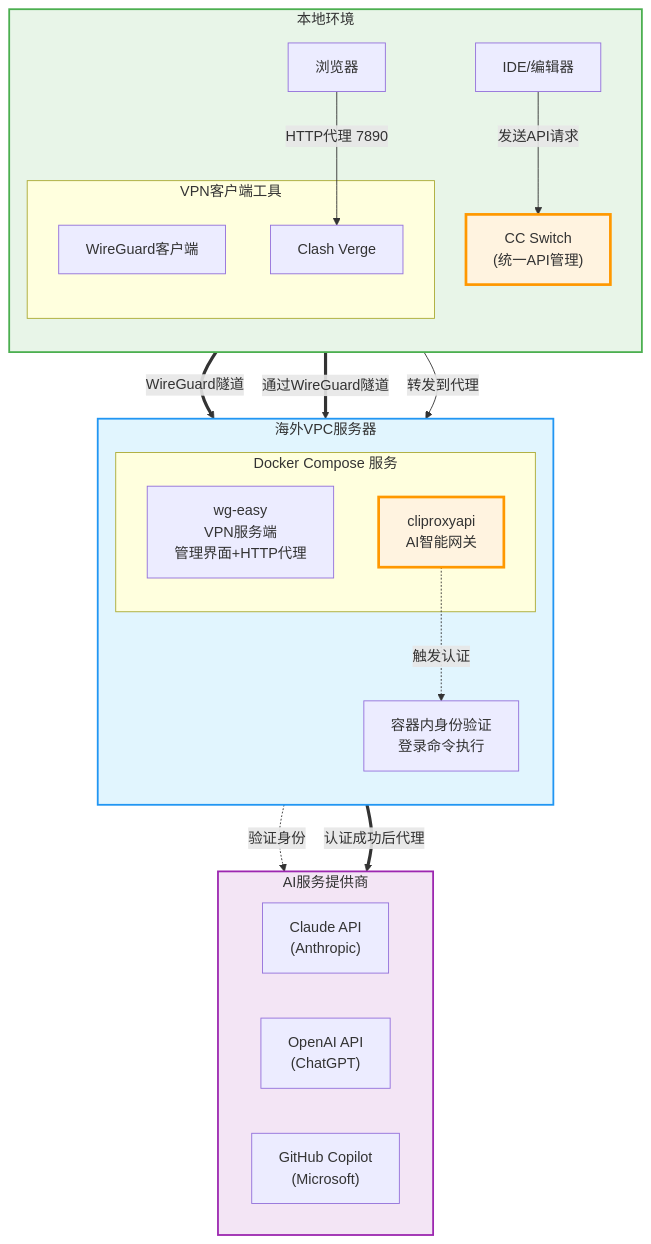
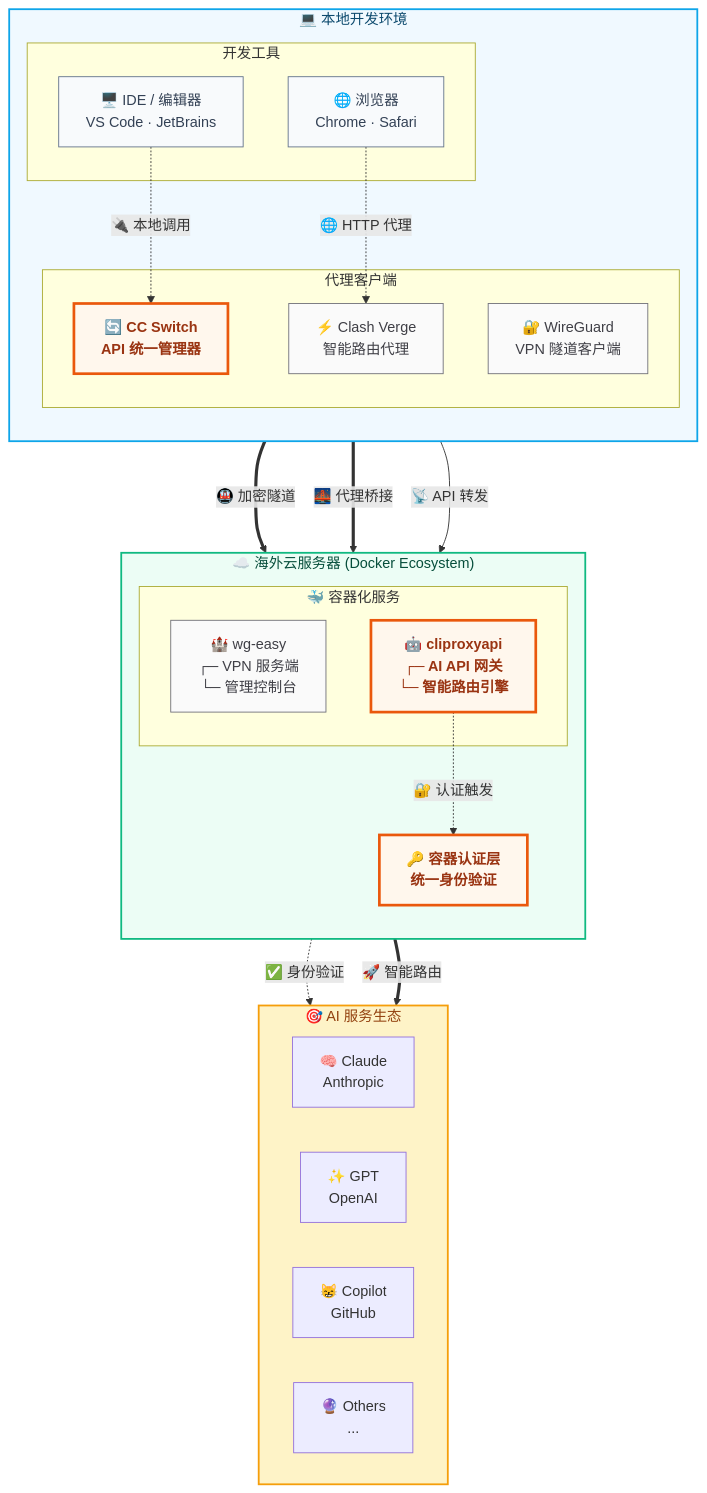
The diagram in docs/_posts/overseas-dev-environment.md (zhaofutao04/zblog), drawn with Mermaid before and after one commit.

Commit message:
docs: 重新设计海外开发环境架构图 - 颜值大幅提升
设计升级 ✨：
- 🎨 三层优雅分区：本地环境、云服务器、AI生态
- 🌈 专业配色方案：蓝绿金三色主题，层次分明
- 🎯 核心组件突出：橙色高亮关键节点
- 📐 布局优化：Docker生态系统概念，结构更清晰

视觉改进 🎭：
- 🔗 语义化连接线：不同类型连接用不同样式
- 🏷️ 组件功能描述：更精准的专业术语
- 🎪 图标化设计：emoji增强视觉识别度
- 🎨 多层次样式：核心/开发/网络工具分别设计

现在这个架构图既专业又美观，真正匹配设计品味！

````diff
--- a/docs/_posts/overseas-dev-environment.md
+++ b/docs/_posts/overseas-dev-environment.md
@@ -38,59 +38,73 @@
 ```mermaid
-flowchart TD
-    subgraph Local["本地环境"]
+flowchart TB
+    %% ========== 本地开发环境 ==========
+    subgraph Local["💻 本地开发环境"]
         direction TB
-        Browser[浏览器]
-        IDE[IDE/编辑器]
-        subgraph VPNClients["VPN客户端工具"]
-            WGClient[WireGuard客户端]
-            Clash[Clash Verge]
+        subgraph DevTools["开发工具"]
+            IDE["🖥️ IDE / 编辑器<br/>VS Code · JetBrains"]
+            Browser["🌐 浏览器<br/>Chrome · Safari"]
         end
-        CCSwitch["CC Switch<br/>(统一API管理)"]
+
+        subgraph Proxies["代理客户端"]
+            CCSwitch["🔄 CC Switch<br/>API 统一管理器"]
+            Clash["⚡ Clash Verge<br/>智能路由代理"]
+            WGClient["🔐 WireGuard<br/>VPN 隧道客户端"]
+        end
     end
 
-    subgraph VPC["海外VPC服务器"]
+    %% ========== 海外云服务器 ==========
+    subgraph Cloud["☁️ 海外云服务器 (Docker Ecosystem)"]
         direction TB
-        subgraph DockerServices["Docker Compose 服务"]
-            WGEasy["wg-easy<br/>VPN服务端<br/>管理界面+HTTP代理"]
-            ClipProxy["cliproxyapi<br/>AI智能网关"]
+        subgraph Services["🐳 容器化服务"]
+            WGServer["🏰 wg-easy<br/>┌─ VPN 服务端<br/>└─ 管理控制台"]
+            ApiGateway["🤖 cliproxyapi<br/>┌─ AI API 网关<br/>└─ 智能路由引擎"]
         end
-        LoginProcess["容器内身份验证<br/>登录命令执行"]
+
+        AuthLayer["🔑 容器认证层<br/>统一身份验证"]
     end
 
-    subgraph AIServices["AI服务提供商"]
+    %% ========== AI 服务生态 ==========
+    subgraph AIEcosystem["🎯 AI 服务生态"]
         direction LR
-        Claude["Claude API<br/>(Anthropic)"]
-        OpenAI["OpenAI API<br/>(ChatGPT)"]
-        GitHub["GitHub Copilot<br/>(Microsoft)"]
+        Claude["🧠 Claude<br/>Anthropic"]
+        OpenAI["✨ GPT<br/>OpenAI"]
+        Copilot["😸 Copilot<br/>GitHub"]
+        Others["🔮 Others<br/>..."]
     end
 
-    %% 浏览器通过本地代理访问
-    Browser -->|HTTP代理 7890| Clash
+    %% ========== 连接关系 ==========
+    %% 开发工具连接
+    IDE -.->|"🔌 本地调用"| CCSwitch
+    Browser -.->|"🌐 HTTP 代理"| Clash
 
-    %% VPN隧道连接
-    WGClient ==>|WireGuard隧道| WGEasy
-    Clash ==>|通过WireGuard隧道| WGEasy
+    %% VPN 网络层
+    WGClient ===>|"🚇 加密隧道"| WGServer
+    Clash ===>|"🌉 代理桥接"| WGServer
 
-    %% API调用链路
-    IDE -->|发送API请求| CCSwitch
-    CCSwitch -->|转发到代理| ClipProxy
+    %% API 代理层
+    CCSwitch -->|"📡 API 转发"| ApiGateway
+    ApiGateway -.->|"🔐 认证触发"| AuthLayer
 
-    %% 认证流程
-    ClipProxy -.->|触发认证| LoginProcess
-    LoginProcess -.->|验证身份| AIServices
+    %% 服务访问层
+    AuthLayer -.->|"✅ 身份验证"| AIEcosystem
+    ApiGateway ==>|"🚀 智能路由"| AIEcosystem
 
-    %% 正常API代理
-    ClipProxy ==>|认证成功后代理| AIServices
+    %% ========== 视觉样式 ==========
+    %% 环境分组样式
+    classDef localStyle fill:#f0f9ff,stroke:#0ea5e9,stroke-width:2px,color:#0c4a6e
+    classDef cloudStyle fill:#ecfdf5,stroke:#10b981,stroke-width:2px,color:#064e3b
+    classDef aiStyle fill:#fef3c7,stroke:#f59e0b,stroke-width:2px,color:#92400e
 
-    %% 样式定义
-    classDef localBox fill:#e8f5e8,stroke:#4caf50,stroke-width:2px
-    classDef vpcBox fill:#e1f5fe,stroke:#2196f3,stroke-width:2px
-    classDef serviceBox fill:#f3e5f5,stroke:#9c27b0,stroke-width:2px
-    classDef keyComponent fill:#fff3e0,stroke:#ff9800,stroke-width:3px
+    %% 核心组件样式
+    classDef coreComponent fill:#fff7ed,stroke:#ea580c,stroke-width:3px,color:#9a3412,font-weight:bold
+    classDef devTool fill:#f8fafc,stroke:#64748b,stroke-width:1px,color:#334155
+    classDef networkTool fill:#fafafa,stroke:#71717a,stroke-width:1px,color:#3f3f46
 
     %% 应用样式
-    class Local localBox
-    class VPC vpcBox
-    class AIServices serviceBox
-    class CCSwitch,ClipProxy keyComponent
+    class Local localStyle
+    class Cloud cloudStyle
+    class AIEcosystem aiStyle
+    class CCSwitch,ApiGateway,AuthLayer coreComponent
+    class IDE,Browser devTool
+    class Clash,WGClient,WGServer networkTool
 ```
````
